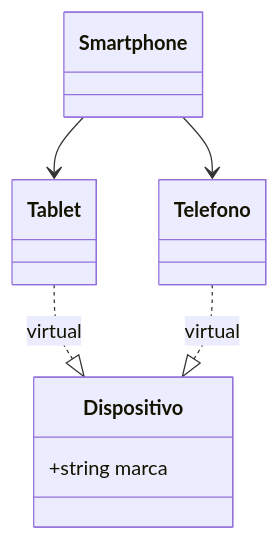
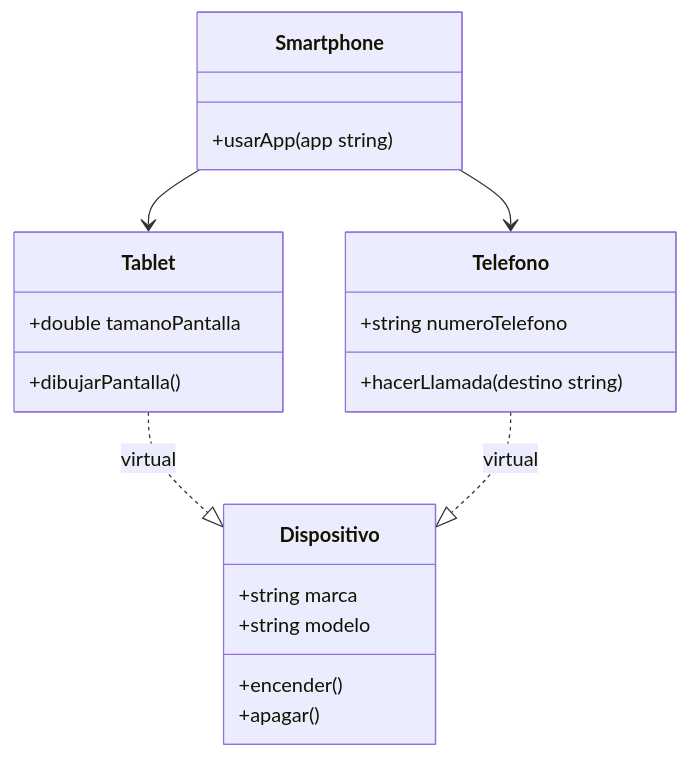
One commit to AngelLandin/Programaci-n-orientada-a-objetos-Gpo-301- changed the diagram in HerenciaCpp-main/Ejercicios Angel Landin A00574700/Ejercicio11.md. Above: the diagram before and after it, drawn with Mermaid. The commit also changed other lines of this file and 2 other files, not shown here.

````diff
--- a/HerenciaCpp-main/Ejercicios Angel Landin A00574700/Ejercicio11.md
+++ b/HerenciaCpp-main/Ejercicios Angel Landin A00574700/Ejercicio11.md
@@ -3,15 +3,29 @@
 ```mermaid
 classDiagram
     class Dispositivo {
         +string marca
+        +string modelo
+        +encender()
+        +apagar()
     }
 
-    class Tablet
-    class Telefono
-    class Smartphone
+    class Tablet {
+        +double tamanoPantalla
+        +dibujarPantalla()
+    }
+
+    class Telefono {
+        +string numeroTelefono
+        +hacerLlamada(destino string)
+    }
+
+    class Smartphone {
+        +usarApp(app string)
+    }
 
     Tablet ..|> Dispositivo : virtual
     Telefono ..|> Dispositivo : virtual
     Smartphone --> Tablet
     Smartphone --> Telefono
+
 ```
````
